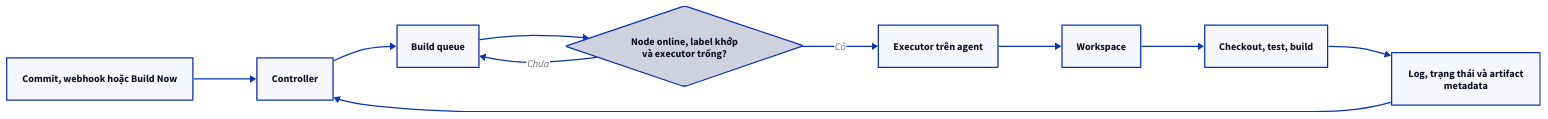
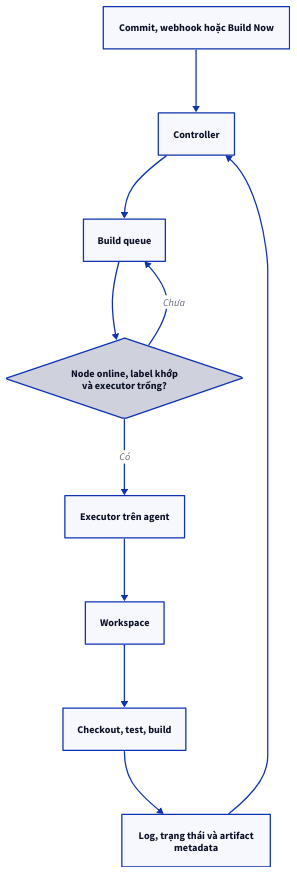
Before and after one commit to vanhiep99w/jenkins-learn: the diagram in content/docs/agents/overview.mdx, drawn with D2. The commit also changed 62 other files, not shown here.

Commit message:
fix: improve diagram layouts and inline readability

````diff
--- a/content/docs/agents/overview.mdx
+++ b/content/docs/agents/overview.mdx
@@ -55,23 +55,23 @@
-```d2 title="Đường đi của một workload"
-direction: right
+```d2 title="Đường đi của một workload" layout=tala
+direction: down
 A: "Commit, webhook hoặc Build Now"
 B: "Controller"
 C: "Build queue"
 D: "Node online, label khớp\nvà executor trống?" {
   shape: diamond
 }
 E: "Executor trên agent"
 F: "Workspace"
 G: "Checkout, test, build"
 H: "Log, trạng thái và artifact\nmetadata"
 
 A -> B
 B -> C
 C -> D
 D -> C: "Chưa"
 D -> E: "Có"
 E -> F
 F -> G
 G -> H
 H -> B
 ```
````
